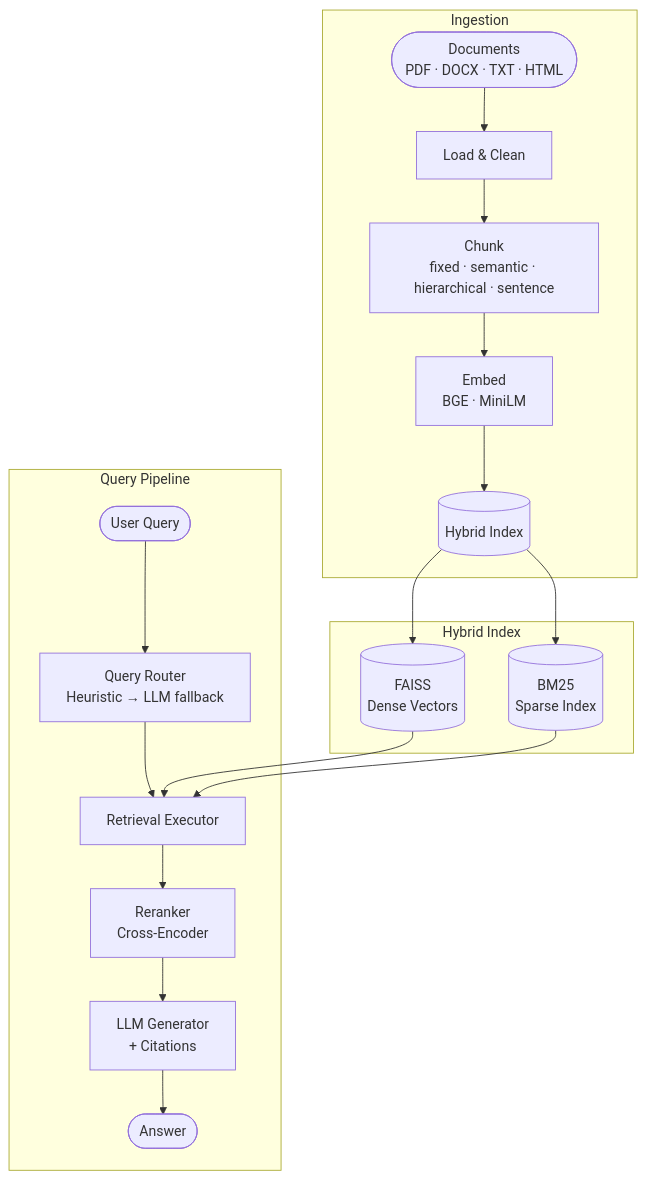
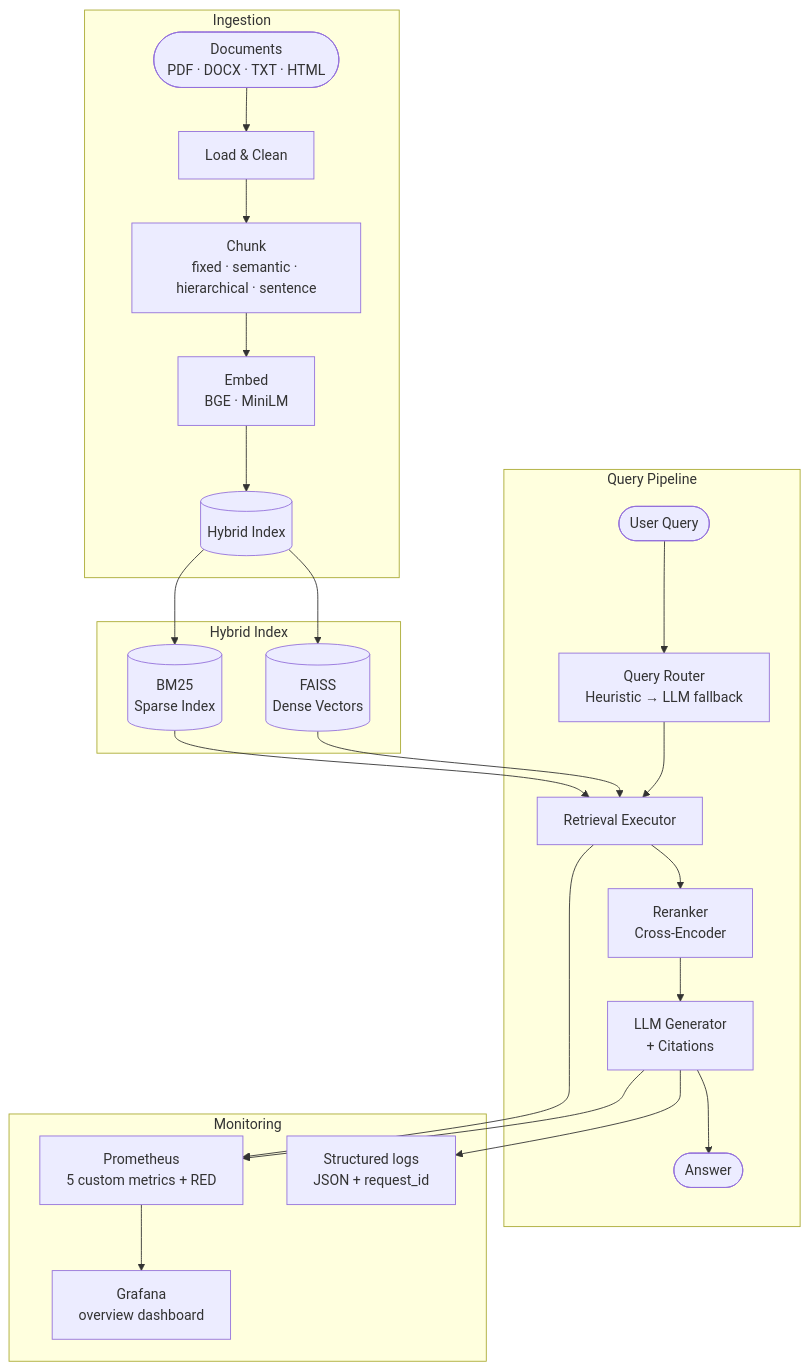
Before and after one commit to Kollipara-Hema/ragcore: the first of 2 diagrams in README.md, drawn with Mermaid. The commit also changed other lines of this file and 1 other file, not shown here.

````diff
--- a/README.md
+++ b/README.md
@@ -95,27 +112,34 @@
 ```mermaid
 flowchart TD
     subgraph Ingestion
         A([Documents<br/>PDF · DOCX · TXT · HTML]) --> B[Load & Clean]
         B --> C[Chunk<br/>fixed · semantic · hierarchical · sentence]
         C --> D[Embed<br/>BGE · MiniLM]
         D --> E[(Hybrid Index)]
     end
 
     subgraph Index ["Hybrid Index"]
         E1[(FAISS<br/>Dense Vectors)]
         E2[(BM25<br/>Sparse Index)]
     end
 
     subgraph Query Pipeline
         G([User Query]) --> H[Query Router<br/>Heuristic → LLM fallback]
         H --> I[Retrieval Executor]
         I --> J[Reranker<br/>Cross-Encoder]
         J --> K[LLM Generator<br/>+ Citations]
         K --> L([Answer])
     end
 
+    subgraph Monitoring
+        K --> M1[Prometheus<br/>5 custom metrics + RED]
+        I --> M1
+        M1 --> M2[Grafana<br/>overview dashboard]
+        K --> M3[Structured logs<br/>JSON + request_id]
+    end
+
     E --> E1
     E --> E2
     E1 --> I
     E2 --> I
 ```
````
